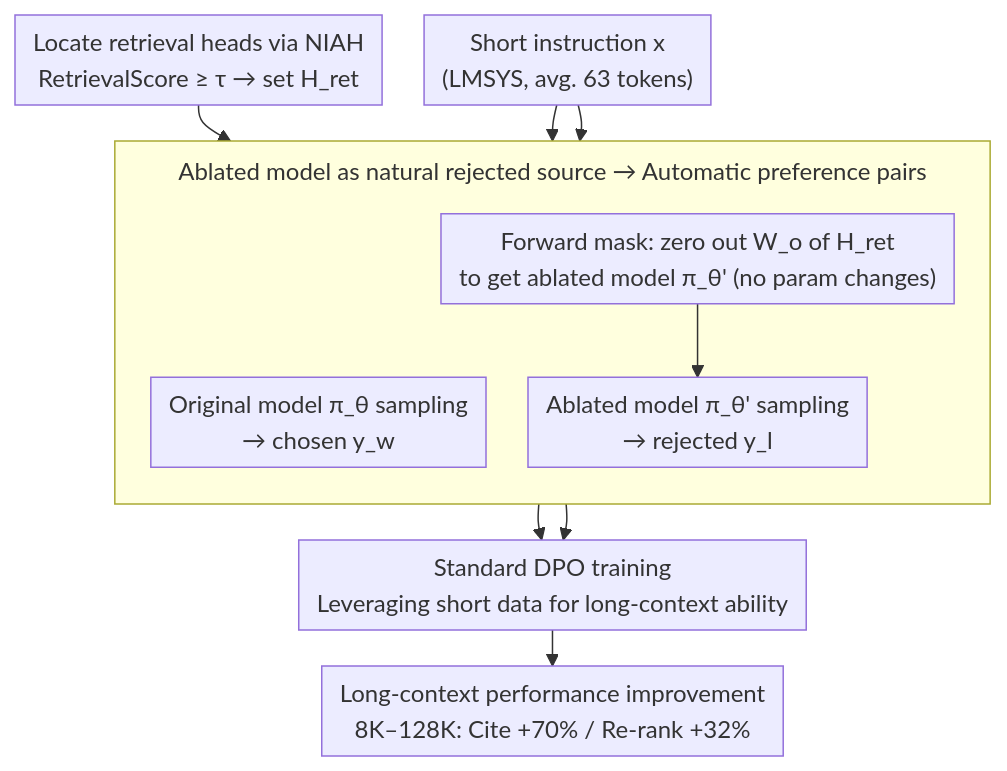
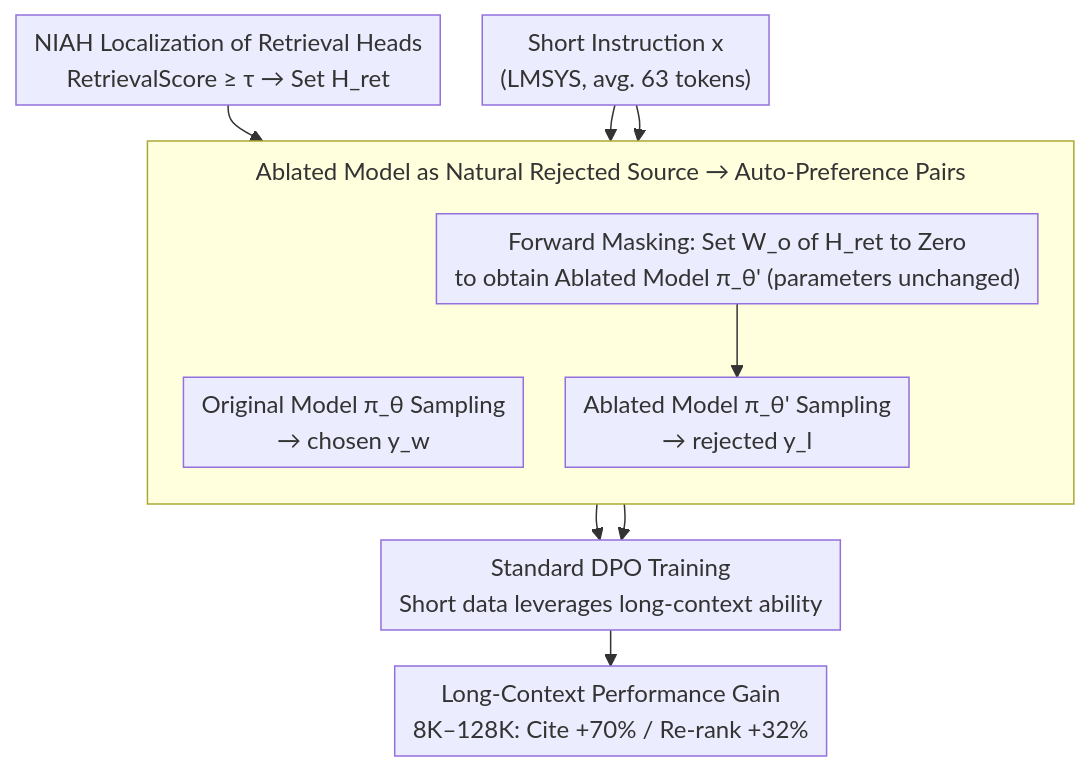
One commit to zhaoyang97/Paper-Notes-en changed the diagram in docs/ACL2026/interpretability/from_interpretability_to_performance_optimizing_retrieval_heads_for_long-context.md. Above: the diagram before and after it, drawn with Mermaid. The commit also changed other lines of this file and 5084 other files, not shown here.

````diff
--- a/docs/ACL2026/interpretability/from_interpretability_to_performance_optimizing_retrieval_heads_for_long-context.md
+++ b/docs/ACL2026/interpretability/from_interpretability_to_performance_optimizing_retrieval_heads_for_long-context.md
@@ -48,19 +48,19 @@
 ```mermaid
 %%{init: {'flowchart': {'rankSpacing': 24, 'nodeSpacing': 28, 'padding': 6, 'wrappingWidth': 400, 'subGraphTitleMargin': {'top': 8, 'bottom': 16}}}}%%
 flowchart TD
-    DET["Locate retrieval heads via NIAH<br/>RetrievalScore ≥ τ → set H_ret"]
-    X["Short instruction x<br/>(LMSYS, avg. 63 tokens)"]
-    subgraph PREF["Ablated model as natural rejected source → Automatic preference pairs"]
+    DET["NIAH Localization of Retrieval Heads<br/>RetrievalScore ≥ τ → Set H_ret"]
+    X["Short Instruction x<br/>(LMSYS, avg. 63 tokens)"]
+    subgraph PREF["Ablated Model as Natural Rejected Source → Auto-Preference Pairs"]
         direction TB
-        WIN["Original model π_θ sampling<br/>→ chosen y_w"]
-        MASK["Forward mask: zero out W_o of H_ret<br/>to get ablated model π_θ' (no param changes)"]
-        LOSE["Ablated model π_θ' sampling<br/>→ rejected y_l"]
+        WIN["Original Model π_θ Sampling<br/>→ chosen y_w"]
+        MASK["Forward Masking: Set W_o of H_ret to Zero<br/>to obtain Ablated Model π_θ' (parameters unchanged)"]
+        LOSE["Ablated Model π_θ' Sampling<br/>→ rejected y_l"]
         MASK --> LOSE
     end
     DET --> MASK
     X --> WIN
     X --> MASK
-    WIN --> DPO["Standard DPO training<br/>Leveraging short data for long-context ability"]
+    WIN --> DPO["Standard DPO Training<br/>Short data leverages long-context ability"]
     LOSE --> DPO
-    DPO --> OUT["Long-context performance improvement<br/>8K–128K: Cite +70% / Re-rank +32%"]
+    DPO --> OUT["Long-Context Performance Gain<br/>8K–128K: Cite +70% / Re-rank +32%"]
 ```
````
